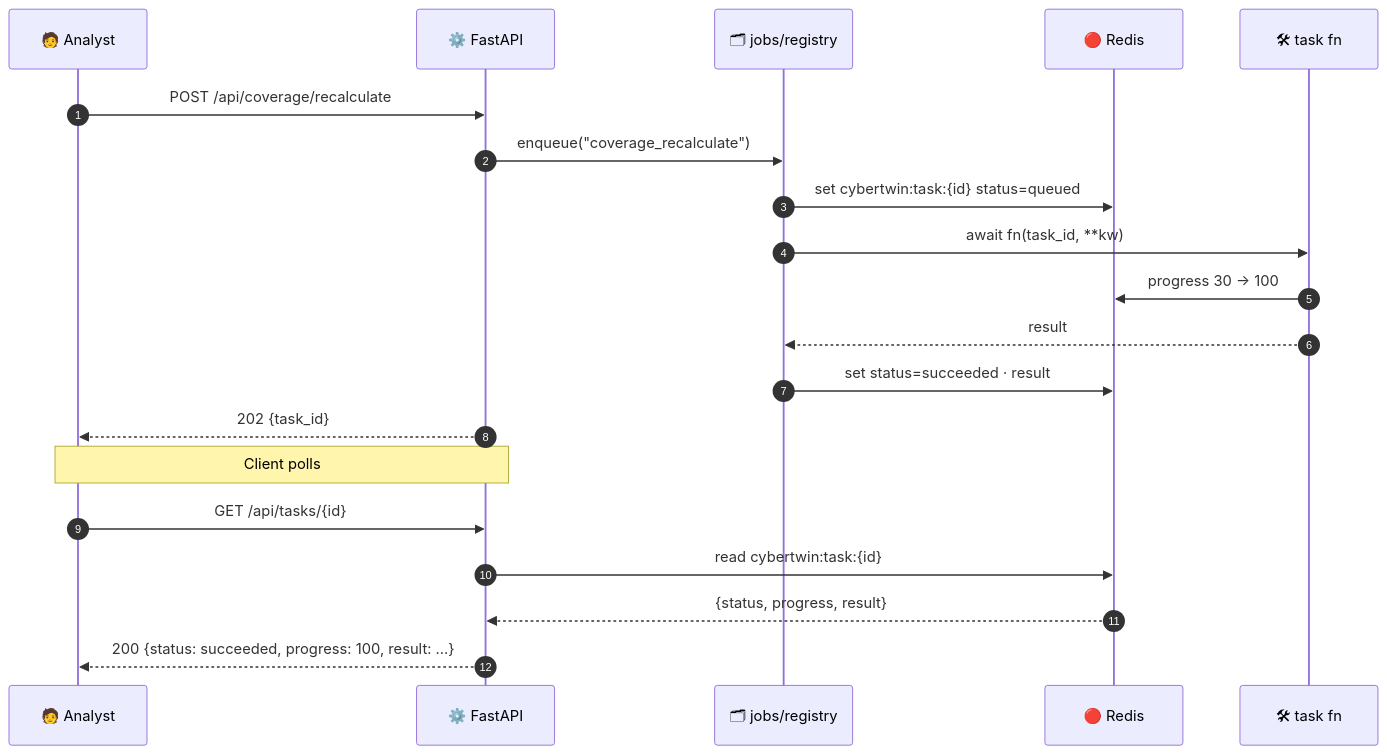
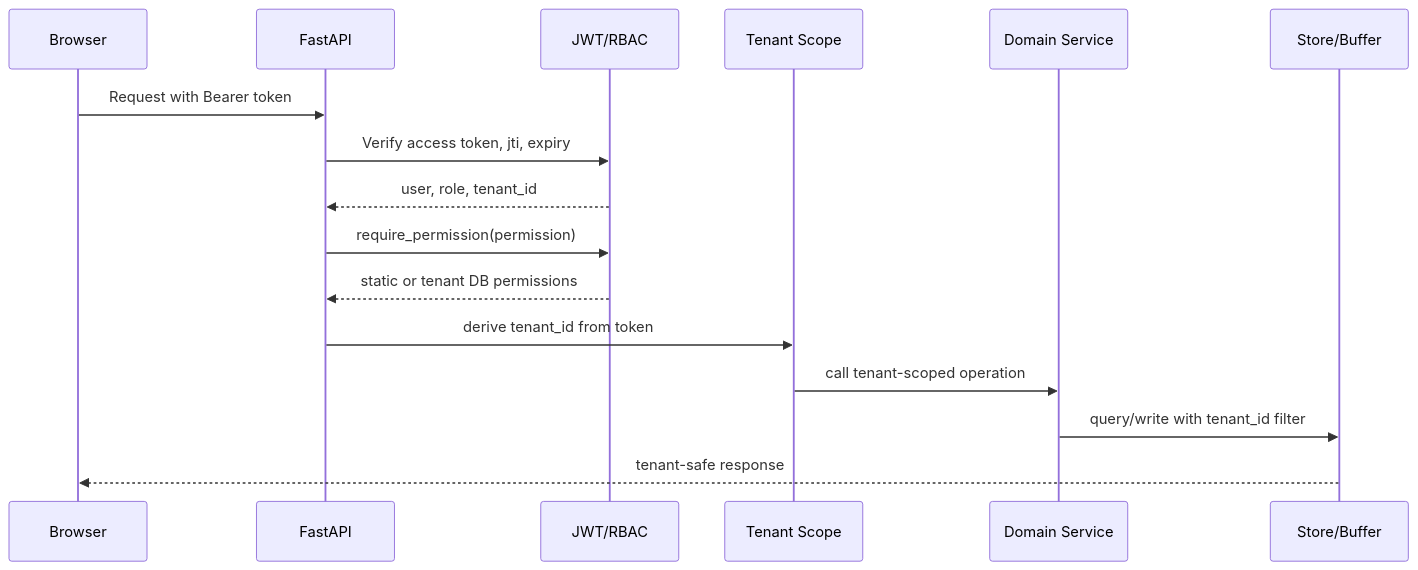
One commit to omarbabba779xx/CyberTwin-SOC changed the third of 10 diagrams in README.md. Above: the diagram before and after it, drawn with Mermaid. The commit also changed other lines of this file and 22 other files, not shown here.

````diff
--- a/README.md
+++ b/README.md
@@ -935,24 +85,19 @@
 ```mermaid
 sequenceDiagram
-    autonumber
-    participant U as 🧑 Analyst
-    participant API as ⚙️ FastAPI
-    participant REG as 🗂 jobs/registry
-    participant CACHE as 🔴 Redis
-    participant TASK as 🛠 task fn
+    participant Browser
+    participant API as FastAPI
+    participant Auth as JWT/RBAC
+    participant Tenant as Tenant Scope
+    participant Service as Domain Service
+    participant Store as Store/Buffer
 
-    U->>API: POST /api/coverage/recalculate
-    API->>REG: enqueue("coverage_recalculate")
-    REG->>CACHE: set cybertwin:task:{id} status=queued
-    REG->>TASK: await fn(task_id, **kw)
-    TASK->>CACHE: progress 30 → 100
-    TASK-->>REG: result
-    REG->>CACHE: set status=succeeded · result
-    API-->>U: 202 {task_id}
-
-    Note over U,API: Client polls
-    U->>API: GET /api/tasks/{id}
-    API->>CACHE: read cybertwin:task:{id}
-    CACHE-->>API: {status, progress, result}
-    API-->>U: 200 {status: succeeded, progress: 100, result: ...}
+    Browser->>API: Request with Bearer token
+    API->>Auth: Verify access token, jti, expiry
+    Auth-->>API: user, role, tenant_id
+    API->>Auth: require_permission(permission)
+    Auth-->>API: static or tenant DB permissions
+    API->>Tenant: derive tenant_id from token
+    Tenant->>Service: call tenant-scoped operation
+    Service->>Store: query/write with tenant_id filter
+    Store-->>Browser: tenant-safe response
 ```
````
